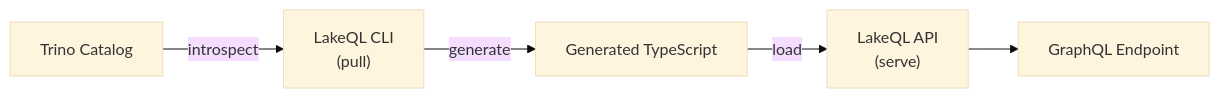
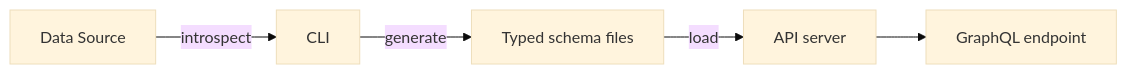
The diagram in apps/docs/content/lakeql/01.introduction/01.overview.mdx (noxify/lakeql), drawn with Mermaid (base theme) before and after one commit. The commit also changed other lines of this file and 1061 other files, not shown here.

Commit message:
LakeQL 1.0 — first stable release on the adapter-based architecture (#50)

````diff
--- a/apps/docs/content/lakeql/01.introduction/01.overview.mdx
+++ b/apps/docs/content/lakeql/01.introduction/01.overview.mdx
@@ -42,7 +53,7 @@
-```mermaid preview
+```mermaid
 flowchart LR
-    trino["Trino Catalog"] -->|introspect| cli["LakeQL CLI<br/>(pull)"]
-    cli -->|generate| ts["Generated TypeScript"]
-    ts -->|load| api["LakeQL API<br/>(serve)"]
-    api --> gql["GraphQL Endpoint"]
+    ds["Data Source"] -->|introspect| cli["CLI"]
+    cli -->|generate| ts["Typed schema files"]
+    ts -->|load| api["API server"]
+    api --> gql["GraphQL endpoint"]
 ```
````
